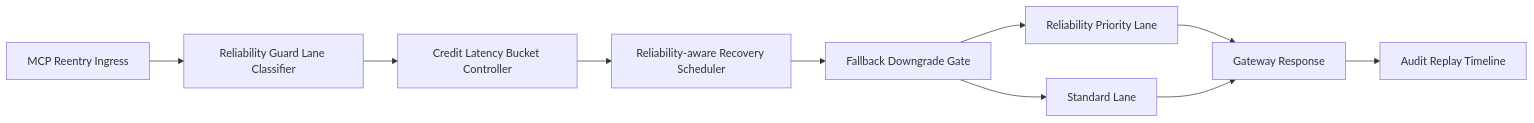
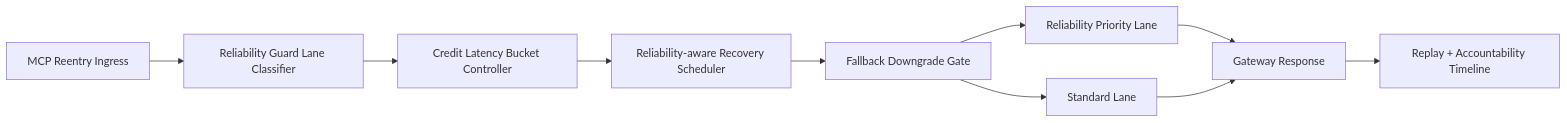
Before and after one commit to turbo998/ai-infra-lab: the diagram in docs/azure-agent-infra/agent-apim-mcp-reentry-credit-latencybucket-reliabilityguardlane-fairness-faq.en.md, drawn with Mermaid. The commit also changed other lines of this file and 22 other files, not shown here.

````diff
--- a/docs/azure-agent-infra/agent-apim-mcp-reentry-credit-latencybucket-reliabilityguardlane-fairness-faq.en.md
+++ b/docs/azure-agent-infra/agent-apim-mcp-reentry-credit-latencybucket-reliabilityguardlane-fairness-faq.en.md
@@ -26,12 +26,12 @@
 ```mermaid
 flowchart LR
   A[MCP Reentry Ingress] --> B[Reliability Guard Lane Classifier]
   B --> C[Credit Latency Bucket Controller]
   C --> D[Reliability-aware Recovery Scheduler]
   D --> E[Fallback Downgrade Gate]
   E --> F[Reliability Priority Lane]
   E --> G[Standard Lane]
   F --> H[Gateway Response]
   G --> H
-  H --> I[Audit Replay Timeline]
+  H --> I[Replay + Accountability Timeline]
 ```
````
